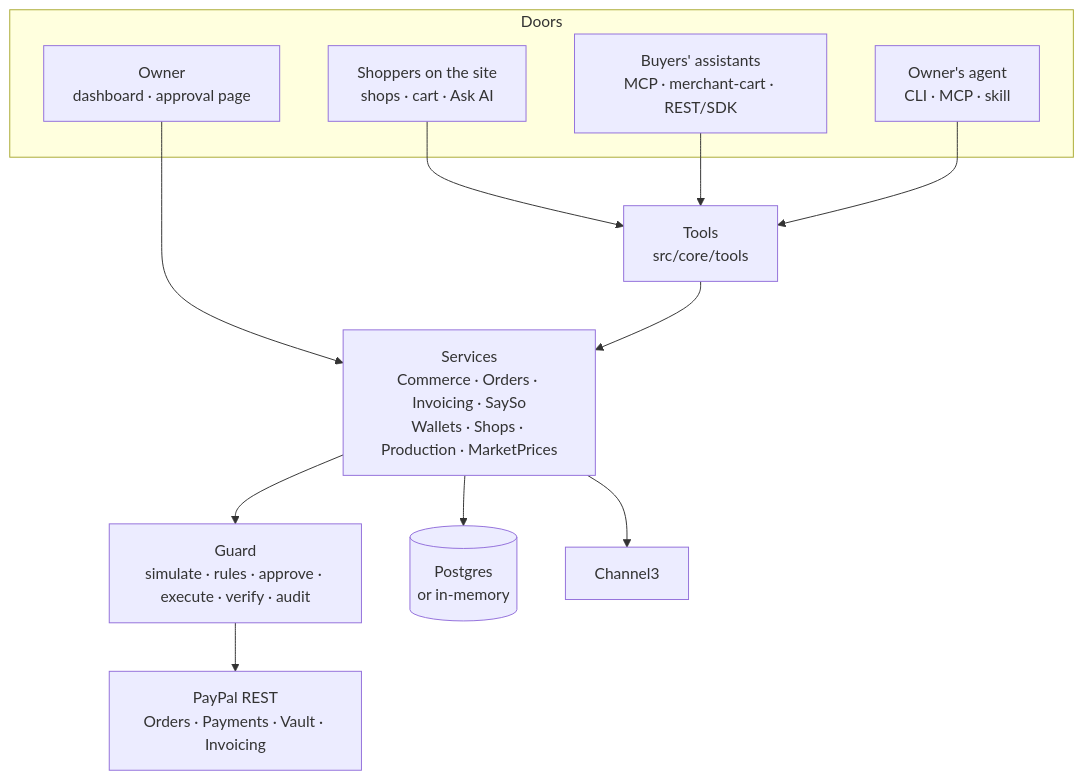
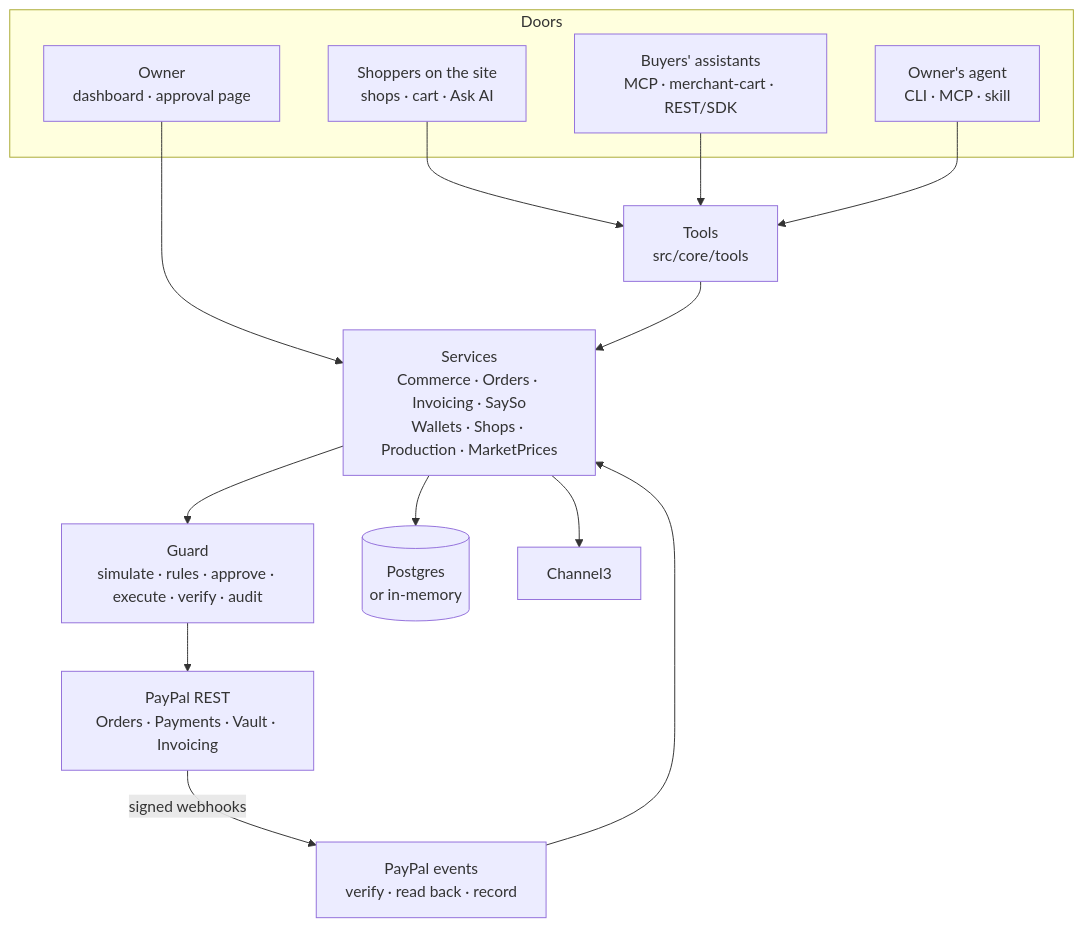
One commit to Elioz404/Sayso changed the second of 2 diagrams in README.md. Above: the diagram before and after it, drawn with Mermaid. The commit also changed other lines of this file and 30 other files, not shown here.

````diff
--- a/README.md
+++ b/README.md
@@ -198,18 +199,20 @@
 ```mermaid
 flowchart TB
   subgraph Doors
     H[Shoppers on the site<br/>shops · cart · Ask AI]
     B[Buyers' assistants<br/>MCP · merchant-cart · REST/SDK]
     S[Owner's agent<br/>CLI · MCP · skill]
     W[Owner<br/>dashboard · approval page]
   end
   H --> T
   B --> T[Tools<br/>src/core/tools]
   S --> T
   W --> SV
   T --> SV[Services<br/>Commerce · Orders · Invoicing · SaySo<br/>Wallets · Shops · Production · MarketPrices]
   SV --> G[Guard<br/>simulate · rules · approve · execute · verify · audit]
   G --> P[PayPal REST<br/>Orders · Payments · Vault · Invoicing]
+  P -->|signed webhooks| EV[PayPal events<br/>verify · read back · record]
+  EV --> SV
   SV --> DB[(Postgres<br/>or in-memory)]
   SV --> C3[Channel3]
 ```
````
